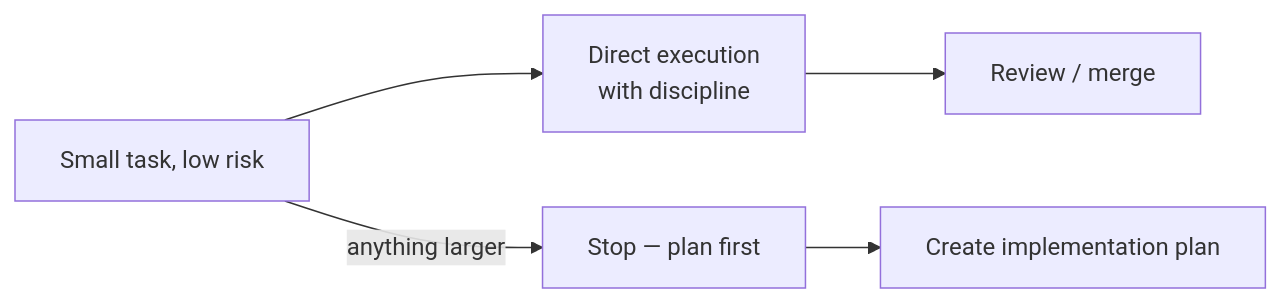
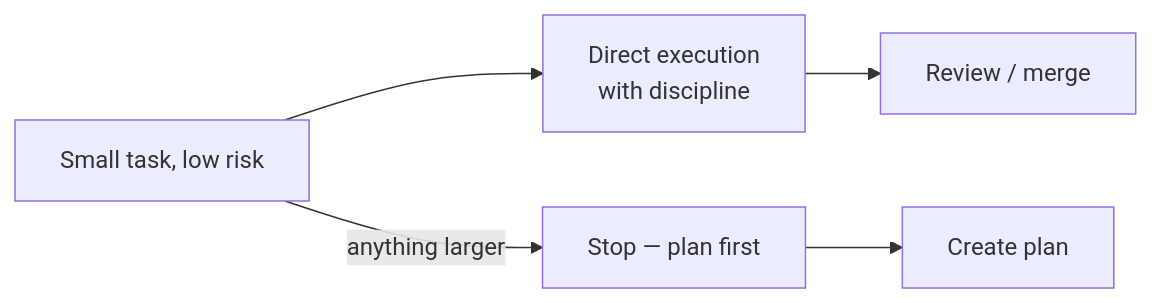
Before and after one commit to workinprogress-ai/devenv: the fifth of 5 diagrams in docs/Workflow.md, drawn with Mermaid. The commit also changed other lines of this file and 59 other files, not shown here.

````diff
--- a/docs/Workflow.md
+++ b/docs/Workflow.md
@@ -480,5 +480,5 @@
 ```mermaid
 flowchart LR
     T[Small task, low risk] --> ADHOC[Direct execution<br/>with discipline] --> V[Review / merge]
-    T -->|"anything larger"| STOP[Stop — plan first] --> CP[Create implementation plan]
+    T -->|"anything larger"| STOP[Stop — plan first] --> CP[Create plan]
 ```
````
